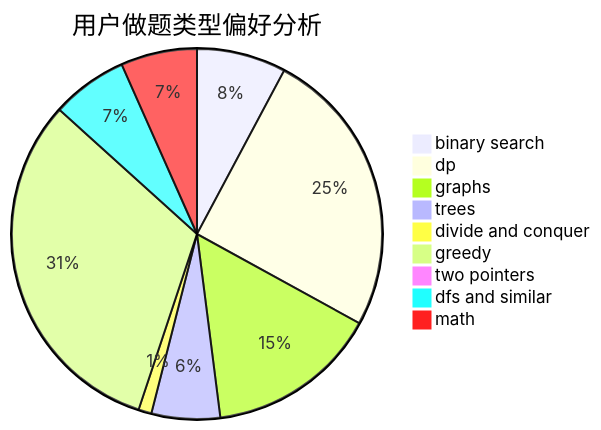
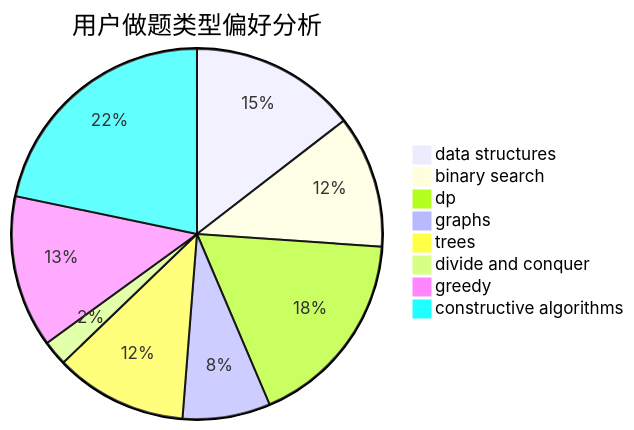
Before and after one commit to sherpahu/cfrs.github.io: the second of 3 diagrams in docs/user/u1985.md, drawn with Mermaid. The commit also changed other lines of this file and 2775 other files, not shown here.

````diff
--- a/docs/user/u1985.md
+++ b/docs/user/u1985.md
@@ -23,12 +23,11 @@
 ```mermaid
 pie title 用户做题类型偏好分析
-    "binary search" :  116
-    "dp" :  375
-    "graphs" :  223
-    "trees" :  89
-    "divide and conquer" :  17
-    "greedy" :  470
-    "two pointers" :  7
-    "dfs and similar" :  99
-    "math" :  99
+    "data structures" :  93
+    "binary search" :  74
+    "dp" :  112
+    "graphs" :  49
+    "trees" :  74
+    "divide and conquer" :  14
+    "greedy" :  85
+    "constructive algorithms" :  139
 ```
````
